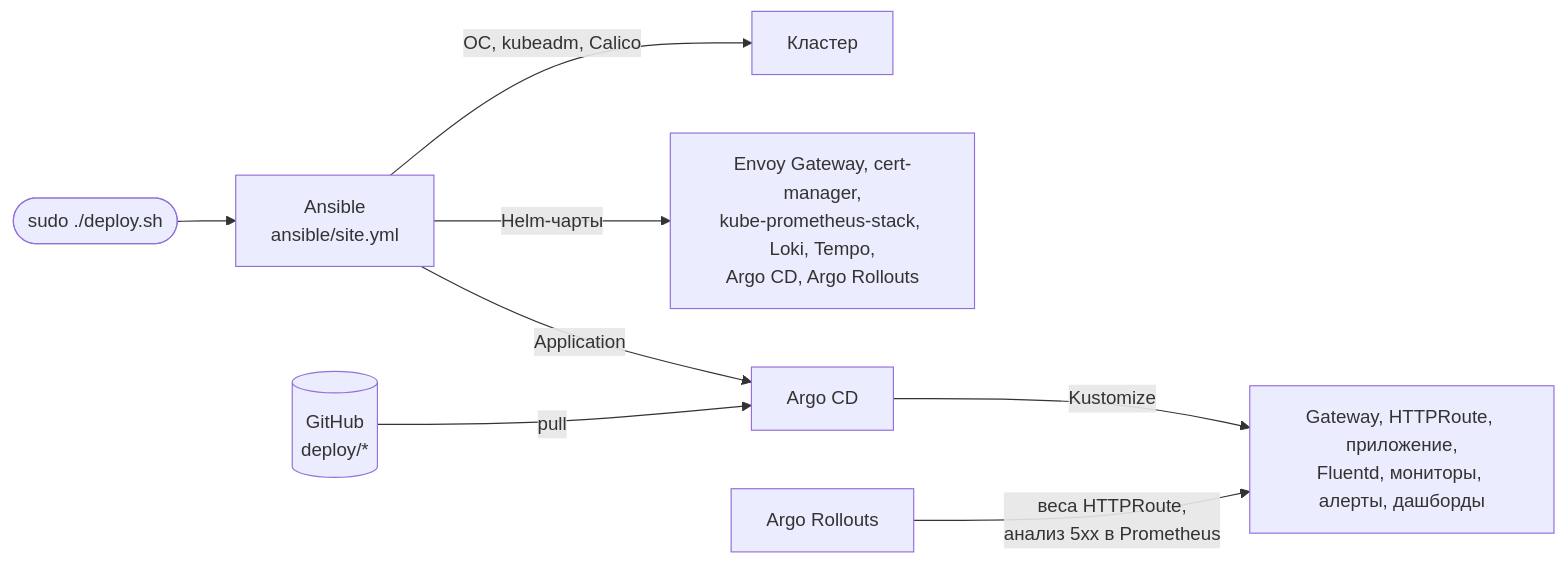
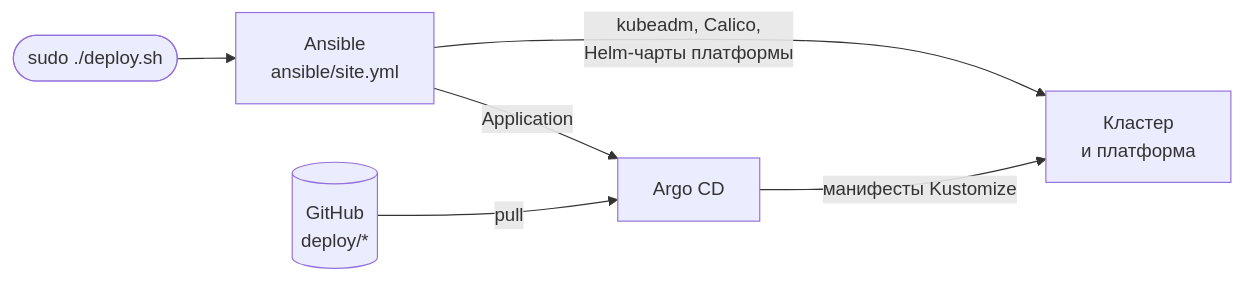
One commit to glev23/devops_case changed the second of 2 diagrams in README.md. Above: the diagram before and after it, drawn with Mermaid.

Commit message:
Docs: simplify README delivery diagram

````diff
--- a/README.md
+++ b/README.md
@@ -105,10 +105,8 @@
 ```mermaid
 flowchart LR
     cmd(["sudo ./deploy.sh"]) --> ansible["Ansible<br/>ansible/site.yml"]
-    ansible -->|"ОС, kubeadm, Calico"| cluster["Кластер"]
-    ansible -->|"Helm-чарты"| platform["Envoy Gateway, cert-manager,<br/>kube-prometheus-stack, Loki, Tempo,<br/>Argo CD, Argo Rollouts"]
+    ansible -->|"kubeadm, Calico,<br/>Helm-чарты платформы"| cluster["Кластер<br/>и платформа"]
     ansible -->|"Application"| argocd["Argo CD"]
     git[("GitHub<br/>deploy/*")] -->|"pull"| argocd
-    argocd -->|"Kustomize"| res["Gateway, HTTPRoute, приложение,<br/>Fluentd, мониторы, алерты, дашборды"]
-    rollouts["Argo Rollouts"] -->|"веса HTTPRoute,<br/>анализ 5xx в Prometheus"| res
+    argocd -->|"манифесты Kustomize"| cluster
 ```
````
